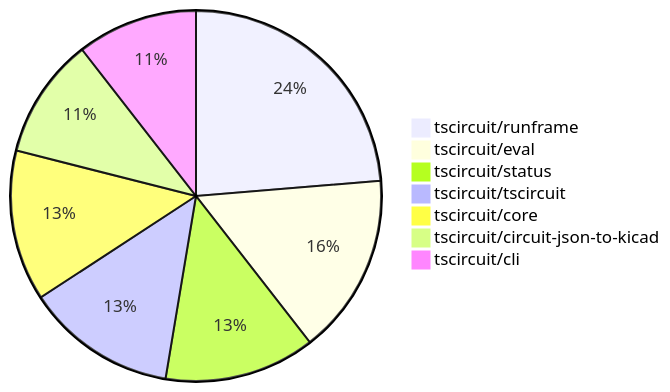
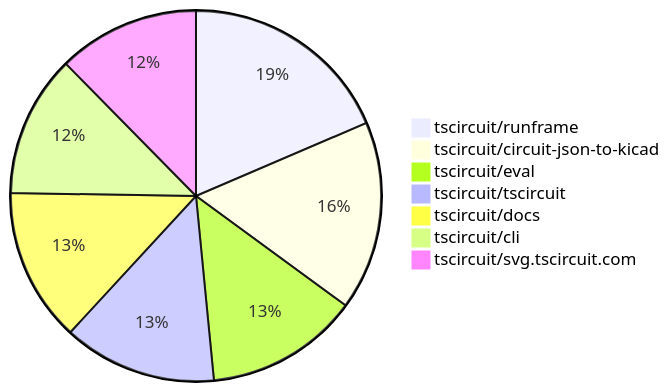
One commit to tscircuit/contribution-tracker changed the second of 2 diagrams in README.md. Above: the diagram before and after it, drawn with Mermaid. The commit also changed other lines of this file and 3 other files, not shown here.

````diff
--- a/README.md
+++ b/README.md
@@ -97,10 +122,10 @@
 ```mermaid
 pie
-    "tscircuit/runframe" : 9
-    "tscircuit/eval" : 6
-    "tscircuit/status" : 5
-    "tscircuit/tscircuit" : 5
-    "tscircuit/core" : 5
-    "tscircuit/circuit-json-to-kicad" : 4
-    "tscircuit/cli" : 4
+    "tscircuit/runframe" : 18
+    "tscircuit/circuit-json-to-kicad" : 16
+    "tscircuit/eval" : 13
+    "tscircuit/tscircuit" : 13
+    "tscircuit/docs" : 13
+    "tscircuit/cli" : 12
+    "tscircuit/svg.tscircuit.com" : 12
 ```
````
